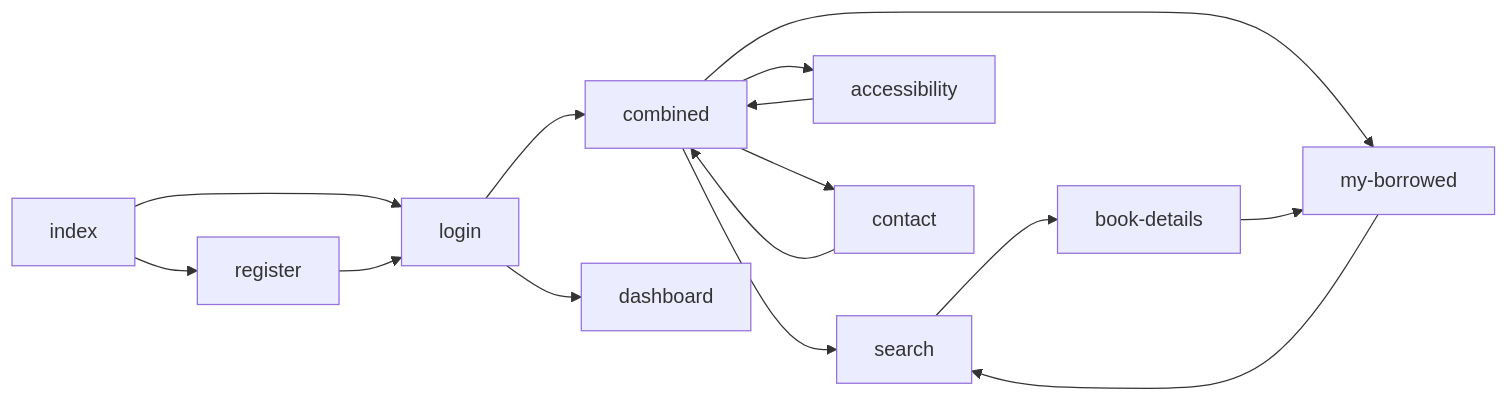
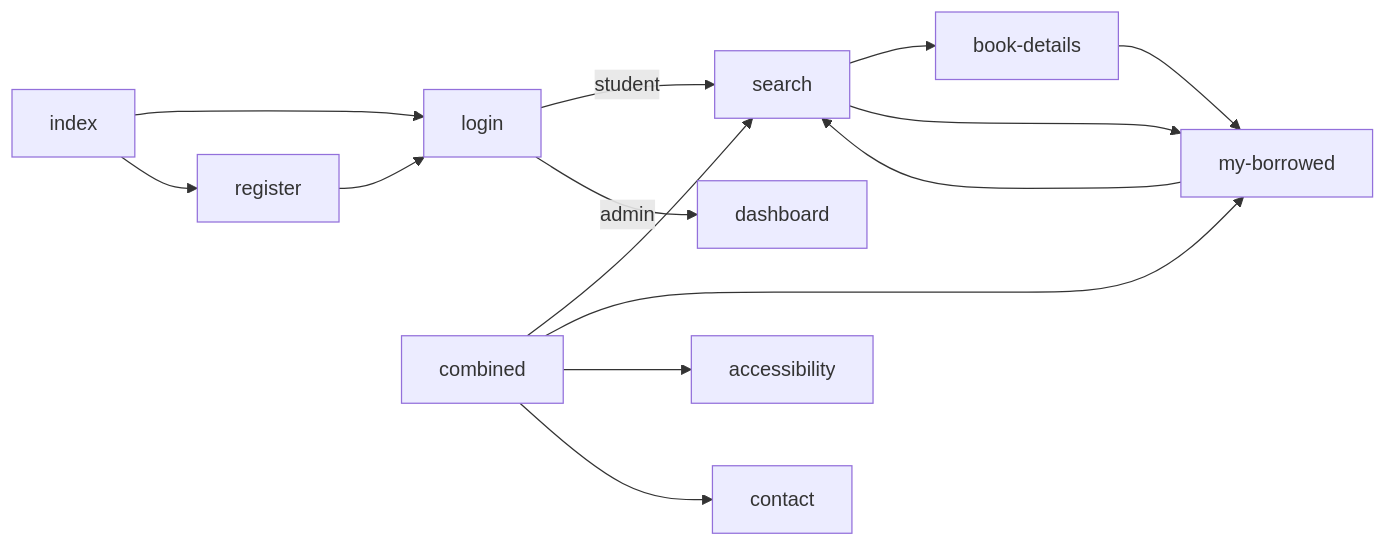
Diagram 16 of 17 in DOCUMENTATION.md (ayatkady/eelu-library-hub), drawn with Mermaid before and after one commit. The commit also changed other lines of this file and 21 other files, not shown here.

````diff
--- a/DOCUMENTATION.md
+++ b/DOCUMENTATION.md
@@ -1596,17 +2400,16 @@
 ```mermaid
 flowchart LR
     index --> login
     index --> register
-    login --> combined
-    login --> dashboard
     register --> login
+    login -->|student| search
+    login -->|admin| dashboard
+    search --> book-details
+    search --> my-borrowed
     combined --> search
     combined --> my-borrowed
     combined --> accessibility
     combined --> contact
-    search --> book-details
     book-details --> my-borrowed
     my-borrowed --> search
-    accessibility --> combined
-    contact --> combined
 ```
````
